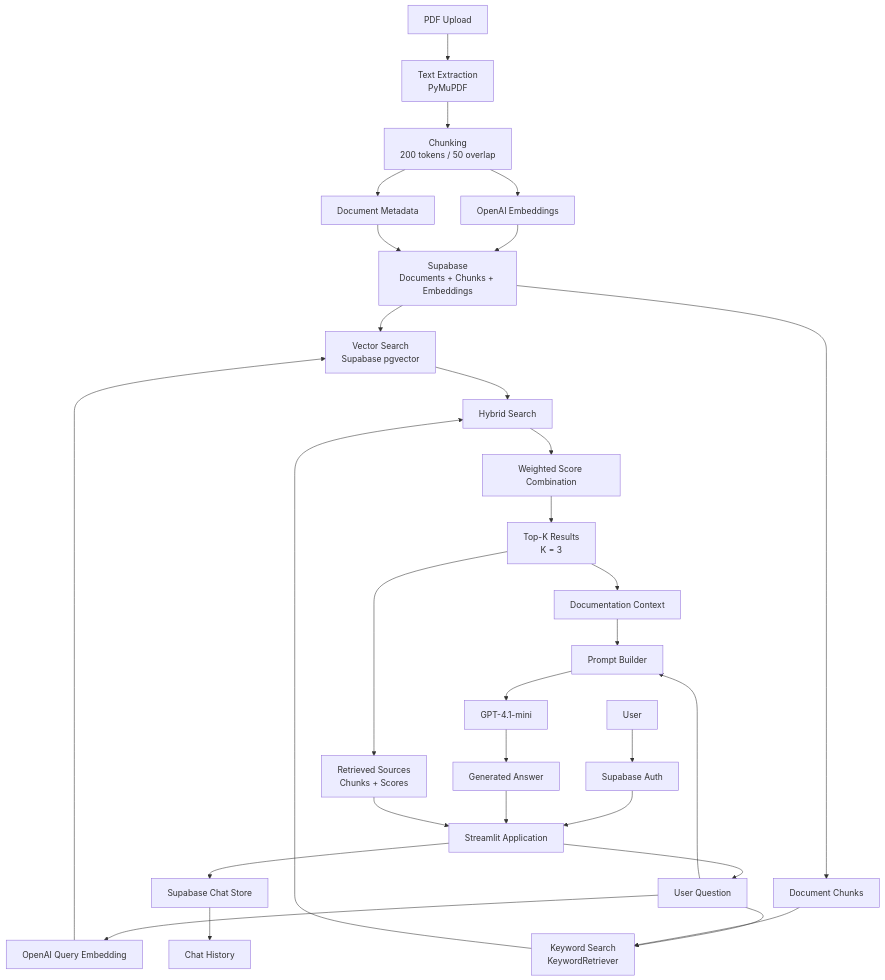
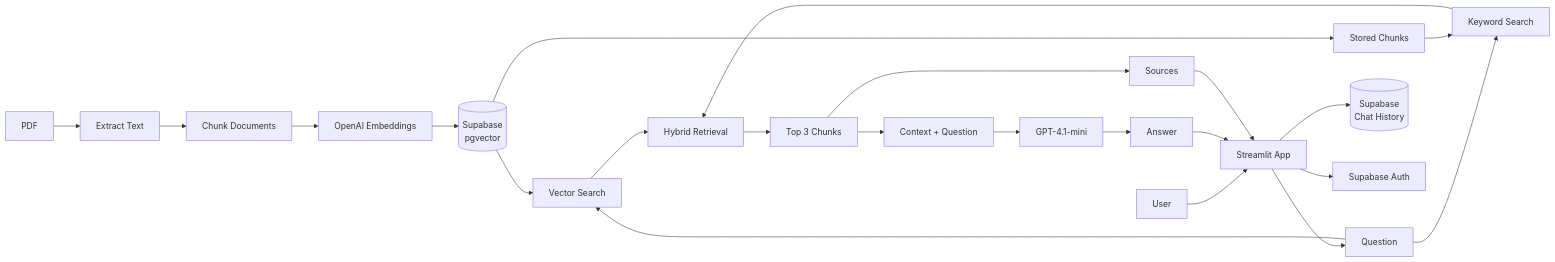
The diagram in README.md (Piotr-Navalnyj/rag-ai-chatbot), drawn with Mermaid before and after one commit.

````diff
--- a/README.md
+++ b/README.md
@@ -32,79 +32,41 @@
 ```mermaid
-flowchart TD
+flowchart LR
 
-    %% =========================
-    %% DOCUMENT INGESTION
-    %% =========================
+    %% INGESTION
+    PDF[PDF] --> EXTRACT[Extract Text]
+    EXTRACT --> CHUNK[Chunk Documents]
+    CHUNK --> EMBED[OpenAI Embeddings]
+    EMBED --> DB[(Supabase<br/>pgvector)]
 
-    PDF[PDF Upload] --> EX[Text Extraction<br/>PyMuPDF]
-    EX --> CH[Chunking<br/>200 tokens / 50 overlap]
-    CH --> EMB[OpenAI Embeddings]
+    %% QUERY
+    USER[User] --> APP[Streamlit App]
+    APP --> QUERY[Question]
 
-    CH --> DOC[Document Metadata]
-    EMB --> DB[Supabase<br/>Documents + Chunks + Embeddings]
-    DOC --> DB
+    QUERY --> VECTOR[Vector Search]
+    QUERY --> KEYWORD[Keyword Search]
 
+    DB --> VECTOR
+    DB --> CHUNKS[Stored Chunks]
+    CHUNKS --> KEYWORD
 
-    %% =========================
-    %% AUTHENTICATION
-    %% =========================
+    VECTOR --> HYBRID[Hybrid Retrieval]
+    KEYWORD --> HYBRID
 
-    USER[User] --> AUTH[Supabase Auth]
-    AUTH --> UI[Streamlit Application]
+    HYBRID --> TOPK[Top 3 Chunks]
 
+    %% GENERATION
+    TOPK --> PROMPT[Context + Question]
+    PROMPT --> LLM[GPT-4.1-mini]
+    LLM --> ANSWER[Answer]
 
-    %% =========================
-    %% QUERY / RETRIEVAL
-    %% =========================
+    %% UI
+    ANSWER --> APP
+    TOPK --> SOURCES[Sources]
+    SOURCES --> APP
 
-    UI --> Q[User Question]
+    %% STORAGE
+    APP --> CHAT[(Supabase<br/>Chat History)]
 
-    Q --> QE[OpenAI Query Embedding]
-
-    QE --> VS[Vector Search<br/>Supabase pgvector]
-
-    Q --> KS[Keyword Search<br/>KeywordRetriever]
-
-    DB --> VS
-    DB --> KC[Document Chunks]
-    KC --> KS
-
-    VS --> HY[Hybrid Search]
-    KS --> HY
-
-    HY --> SCORE[Weighted Score Combination]
-
-    SCORE --> TOP[Top-K Results<br/>K = 3]
-
-
-    %% =========================
-    %% GENERATION
-    %% =========================
-
-    TOP --> CTX[Documentation Context]
-
-    CTX --> PROMPT[Prompt Builder]
-    Q --> PROMPT
-
-    PROMPT --> LLM[GPT-4.1-mini]
-
-    LLM --> ANSWER[Generated Answer]
-
-
-    %% =========================
-    %% RESPONSE
-    %% =========================
-
-    ANSWER --> UI
-
-    TOP --> SOURCES[Retrieved Sources<br/>Chunks + Scores]
-    SOURCES --> UI
-
-
-    %% =========================
-    %% CHAT STORAGE
-    %% =========================
-
-    UI --> CHAT[Supabase Chat Store]
-    CHAT --> HISTORY[Chat History]
+    %% AUTH
+    APP --> AUTH[Supabase Auth]
 ```
````
